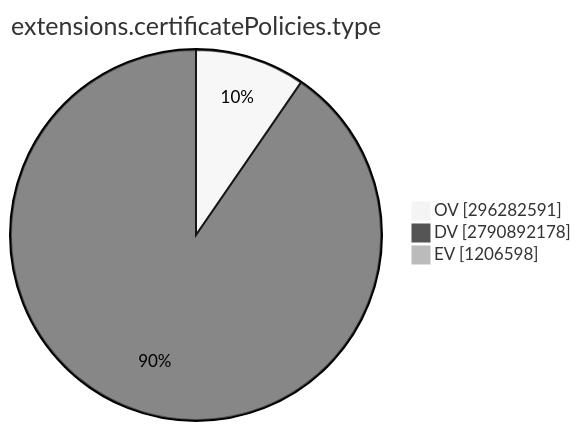
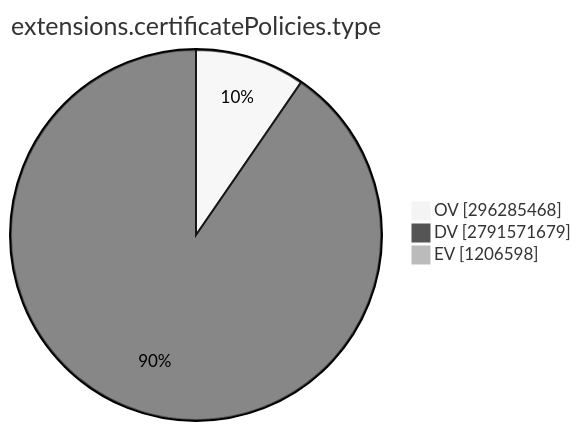
One commit to christiankrug/ctmonitor_visualization changed the ninth of 15 diagrams in TOTAL/README.md. Above: the diagram before and after it, drawn with Mermaid (neutral theme). The commit also changed other lines of this file, not shown here.

````diff
--- a/TOTAL/README.md
+++ b/TOTAL/README.md
@@ -3099,7 +3099,7 @@
 ```mermaid
 pie showData
 title extensions.certificatePolicies.type
-"OV" :296282591
-"DV" :2790892178
+"OV" :296285468
+"DV" :2791571679
 "EV" :1206598
 ```
````
